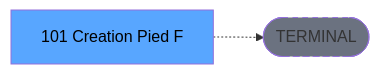
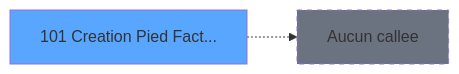
The third of 3 diagrams in .openspec/specs/ADH-IDE-101.md (thonyAGP/magic-migration), drawn with Mermaid before and after one commit. The commit also changed other lines of this file and 253 other files, not shown here.

````diff
--- a/.openspec/specs/ADH-IDE-101.md
+++ b/.openspec/specs/ADH-IDE-101.md
@@ -135,8 +262,8 @@
 ```mermaid
 graph LR
-    T[101 Creation Pied F]
-    TERM([TERMINAL])
-    T -.-> TERM
-    style TERM fill:#6b7280,stroke-dasharray: 5 5
-    style T fill:#58a6ff,color:#000
+    T101[101 Creation Pied Fact...]
+    style T101 fill:#58a6ff
+    NONE[Aucun callee]
+    T101 -.-> NONE
+    style NONE fill:#6b7280,stroke-dasharray: 5 5
 ```
````
